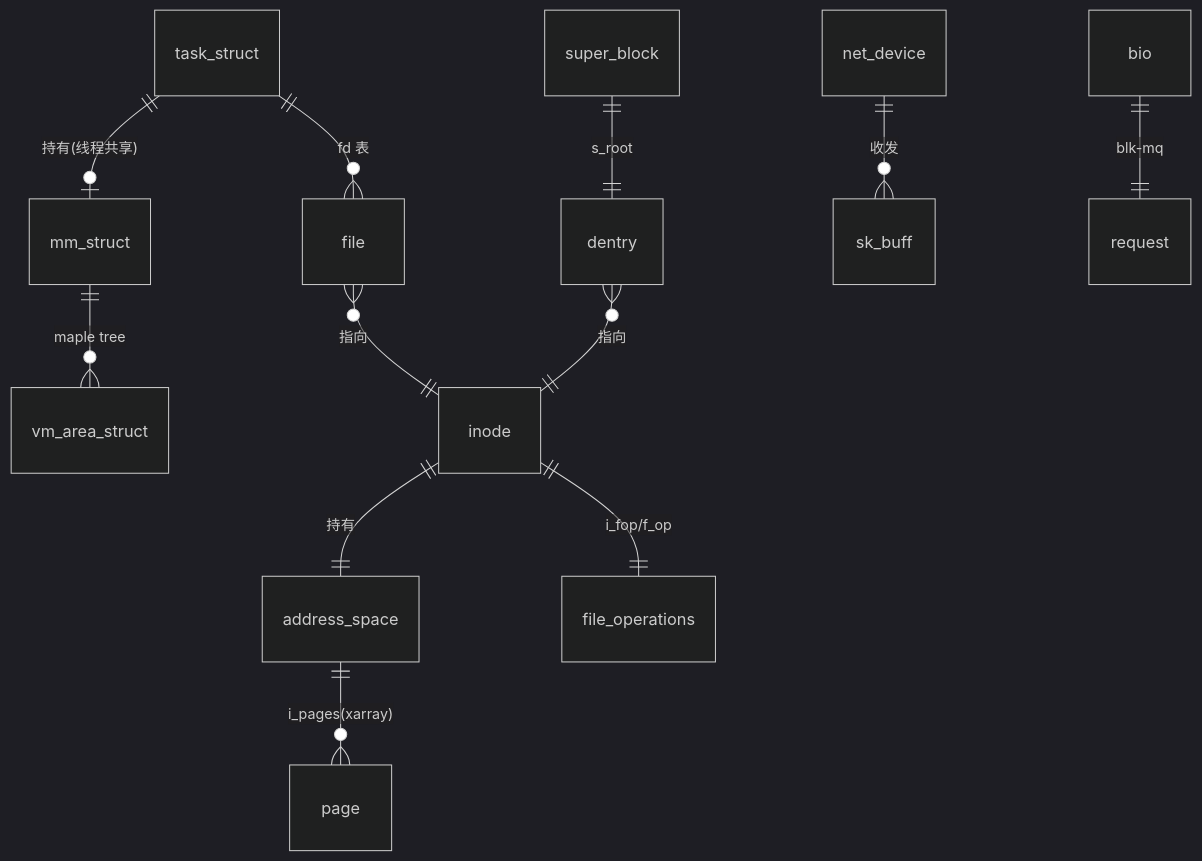
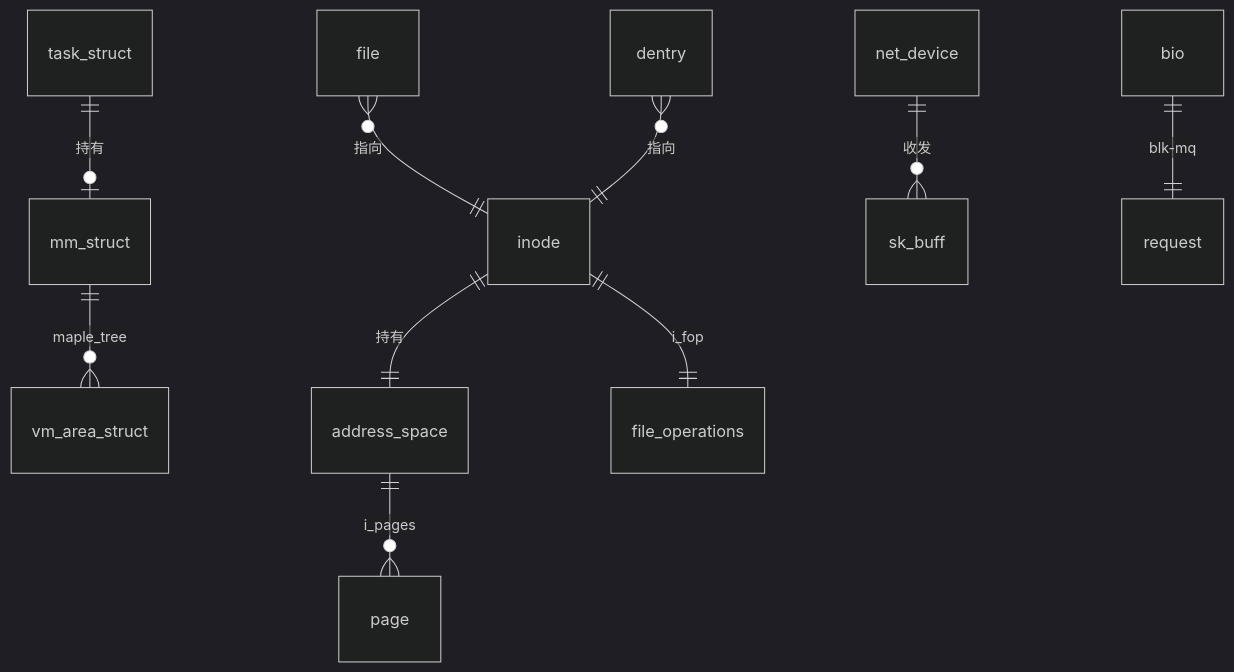
One commit to quqiufeng/my_db changed the second of 3 diagrams in reports/linux-kernel-7.2.3-architecture.md. Above: the diagram before and after it, drawn with Mermaid (dark theme). The commit also changed other lines of this file and 1 other file, not shown here.

````diff
--- a/reports/linux-kernel-7.2.3-architecture.md
+++ b/reports/linux-kernel-7.2.3-architecture.md
@@ -98,14 +67,12 @@
 ```mermaid
 erDiagram
-    task_struct ||--o| mm_struct : "持有(线程共享)"
-    task_struct ||--o{ file : "fd 表"
-    mm_struct ||--o{ vm_area_struct : "maple tree"
-    file }o--|| inode : "指向"
-    inode ||--|| address_space : "持有"
-    address_space ||--o{ page : "i_pages(xarray)"
-    inode ||--|| file_operations : "i_fop/f_op"
-    dentry }o--|| inode : "指向"
-    super_block ||--|| dentry : "s_root"
-    net_device ||--o{ sk_buff : "收发"
-    bio ||--|| request : "blk-mq"
+    task_struct ||--o| mm_struct : 持有
+    mm_struct ||--o{ vm_area_struct : maple_tree
+    file }o--|| inode : 指向
+    inode ||--|| address_space : 持有
+    address_space ||--o{ page : i_pages
+    inode ||--|| file_operations : i_fop
+    dentry }o--|| inode : 指向
+    net_device ||--o{ sk_buff : 收发
+    bio ||--|| request : blk-mq
 ```
````
